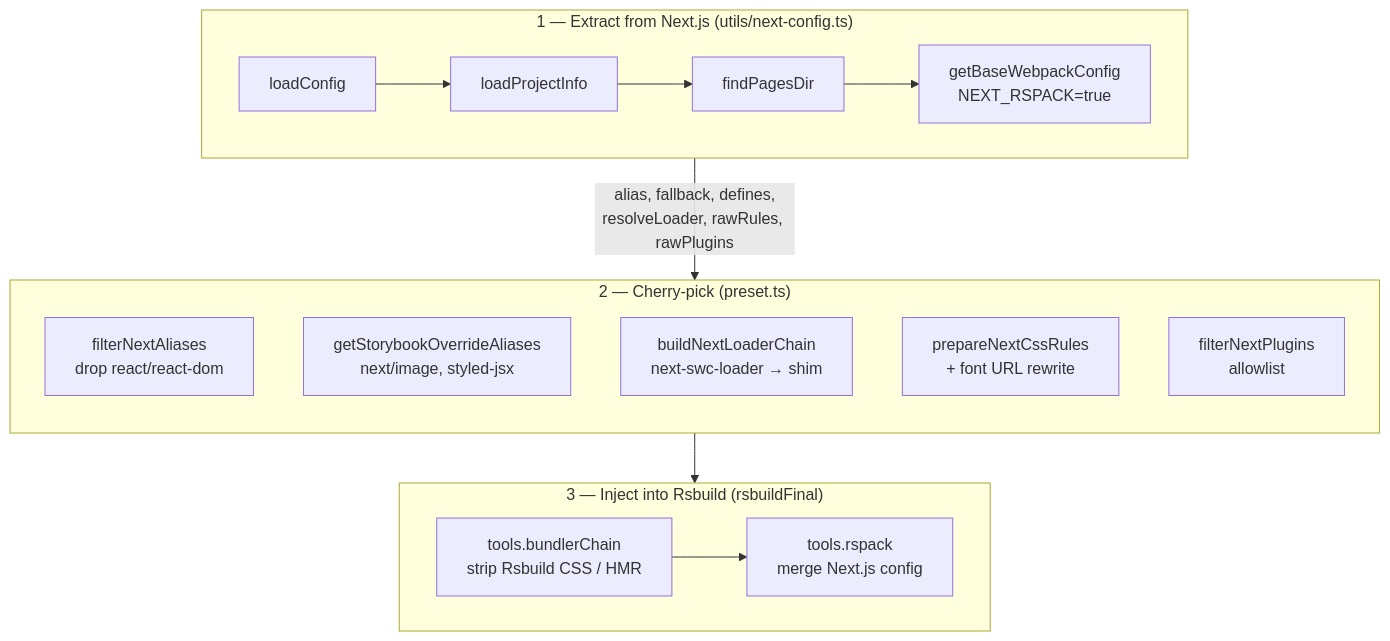
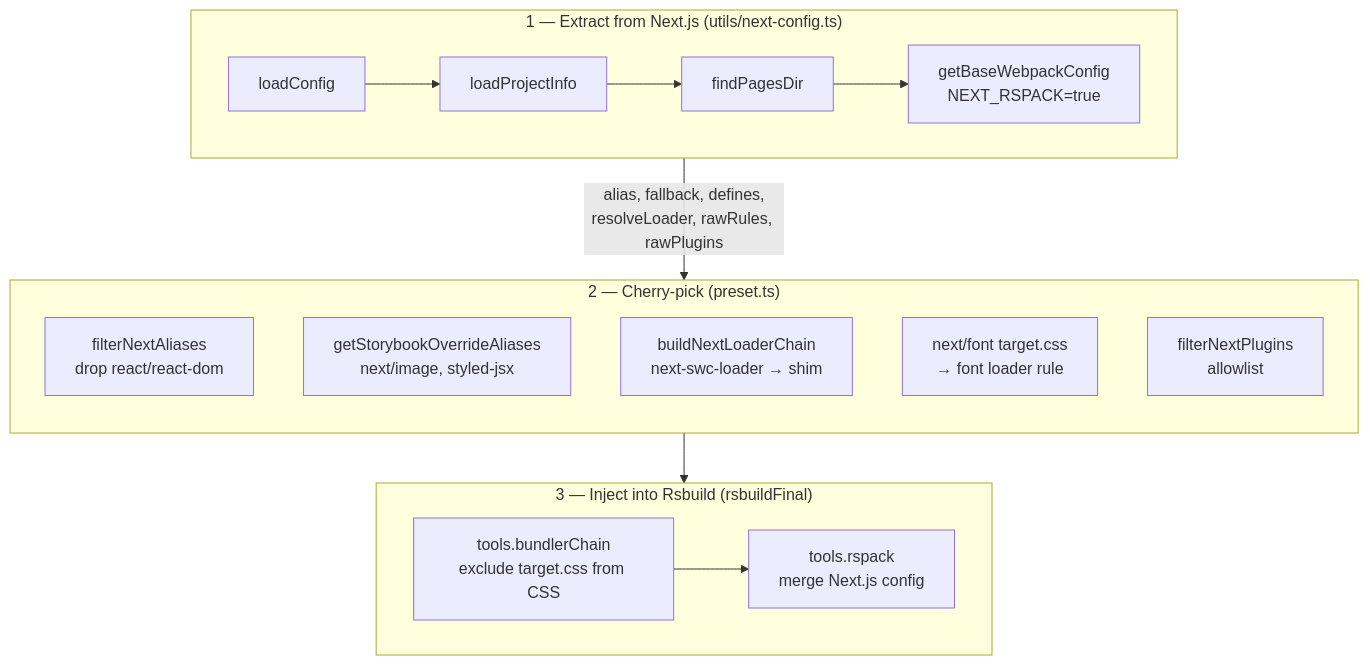
Before and after one commit to rstackjs/storybook-rsbuild: the diagram in packages/framework-next/AGENTS.md, drawn with Mermaid. The commit also changed other lines of this file and 12 other files, not shown here.

First line of the commit message:
refactor(framework-next): port font loader, match-mode extract, unit-test primitives

````diff
--- a/packages/framework-next/AGENTS.md
+++ b/packages/framework-next/AGENTS.md
@@ -22,25 +22,25 @@
 ```mermaid
 flowchart TD
     subgraph P1["1 — Extract from Next.js (utils/next-config.ts)"]
         direction LR
         LC[loadConfig] --> LP[loadProjectInfo] --> FP[findPagesDir] --> GB["getBaseWebpackConfig<br/>NEXT_RSPACK=true"]
     end
 
     P1 -->|"alias, fallback, defines,<br/>resolveLoader, rawRules, rawPlugins"| P2
 
     subgraph P2["2 — Cherry-pick (preset.ts)"]
         direction TB
         FNA["filterNextAliases<br/>drop react/react-dom"]
         SOA["getStorybookOverrideAliases<br/>next/image, styled-jsx"]
         BLC["buildNextLoaderChain<br/>next-swc-loader → shim"]
-        PNC["prepareNextCssRules<br/>+ font URL rewrite"]
+        NFR["next/font target.css<br/>→ font loader rule"]
         FNP["filterNextPlugins<br/>allowlist"]
     end
 
     P2 --> P3
 
     subgraph P3["3 — Inject into Rsbuild (rsbuildFinal)"]
         direction LR
-        BC["tools.bundlerChain<br/>strip Rsbuild CSS / HMR"] --> RS["tools.rspack<br/>merge Next.js config"]
+        BC["tools.bundlerChain<br/>exclude target.css from CSS"] --> RS["tools.rspack<br/>merge Next.js config"]
     end
 ```
````
